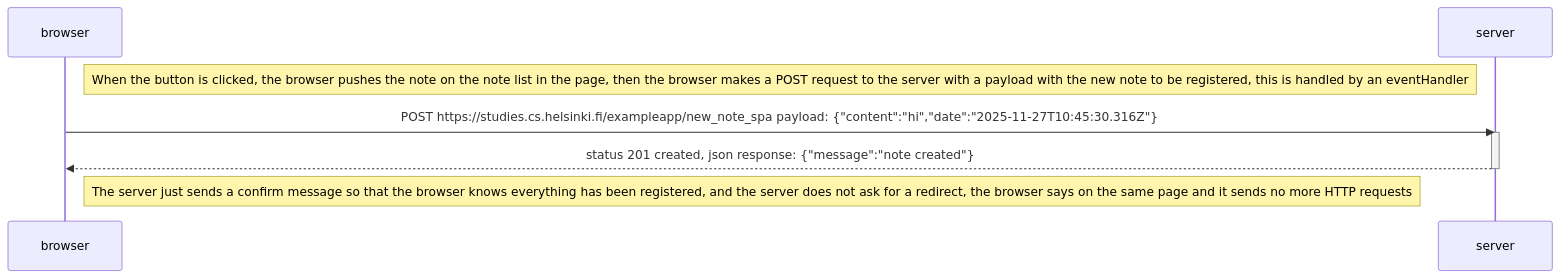
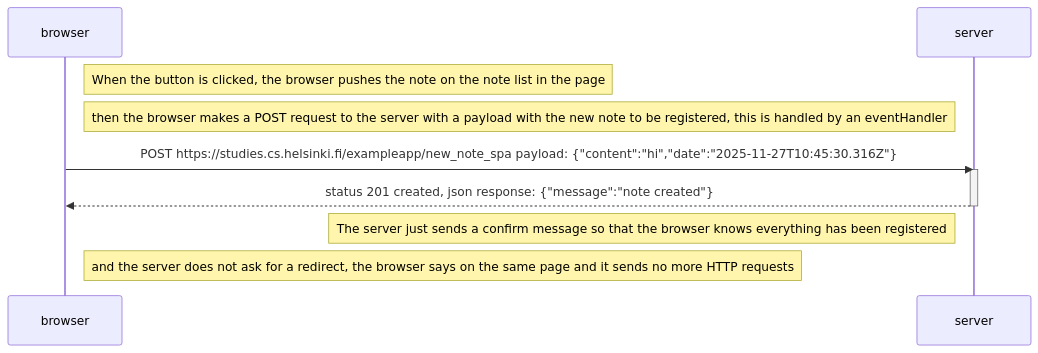
One commit to Lamuo/full-stack-open changed the diagram in part0/new-note-in-single-page-app-diagram.md. Above: the diagram before and after it, drawn with Mermaid.

````diff
--- a/part0/new-note-in-single-page-app-diagram.md
+++ b/part0/new-note-in-single-page-app-diagram.md
@@ -1,14 +1,16 @@
 ```mermaid
 sequenceDiagram
     participant browser
     participant server
 
-    Note right of browser: When the button is clicked, the browser pushes the note on the note list in the page, then the browser makes a POST request to the server with a payload with the new note to be registered, this is handled by an eventHandler
+    Note right of browser: When the button is clicked, the browser pushes the note on the note list in the page
+    Note left of server: then the browser makes a POST request to the server with a payload with the new note to be registered, this is handled by an eventHandler
 
     browser->>server: POST https://studies.cs.helsinki.fi/exampleapp/new_note_spa payload: {"content":"hi","date":"2025-11-27T10:45:30.316Z"}
     activate server
     server-->>browser: status 201 created, json response: {"message":"note created"}
     deactivate server
 
-    Note right of browser: The server just sends a confirm message so that the browser knows everything has been registered, and the server does not ask for a redirect, the browser says on the same page and it sends no more HTTP requests
+    Note left of server: The server just sends a confirm message so that the browser knows everything has been registered
+    Note right of browser: and the server does not ask for a redirect, the browser says on the same page and it sends no more HTTP requests
 ```
````
